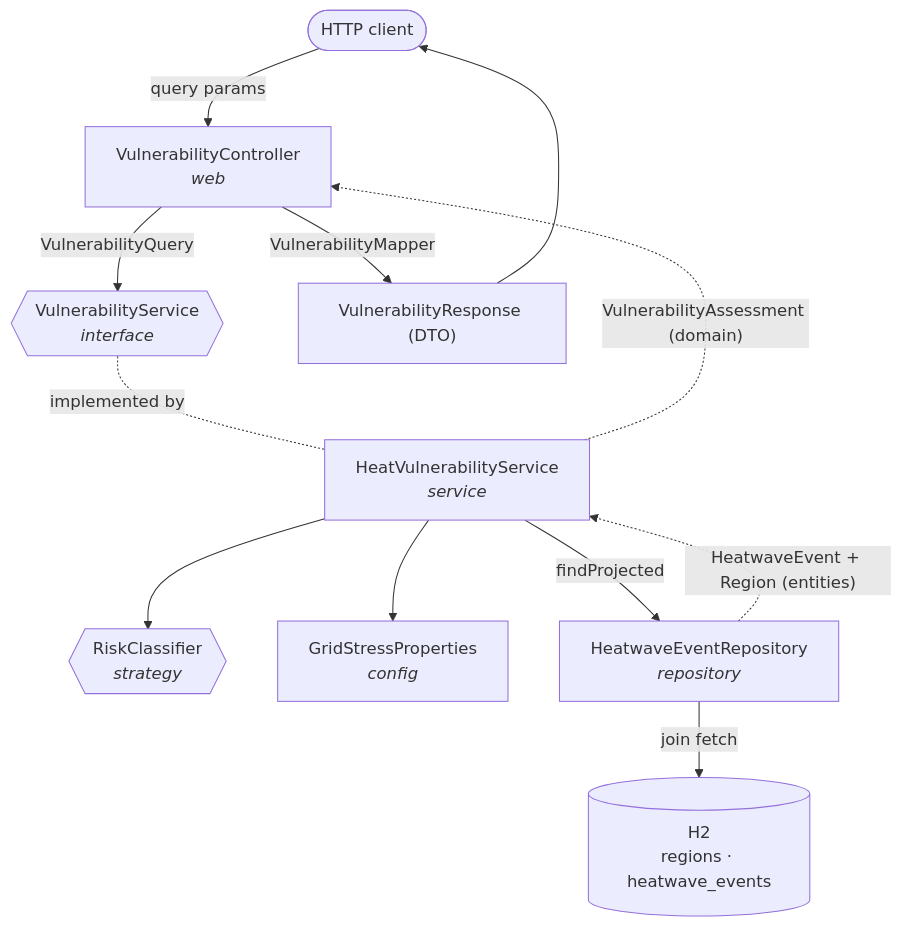
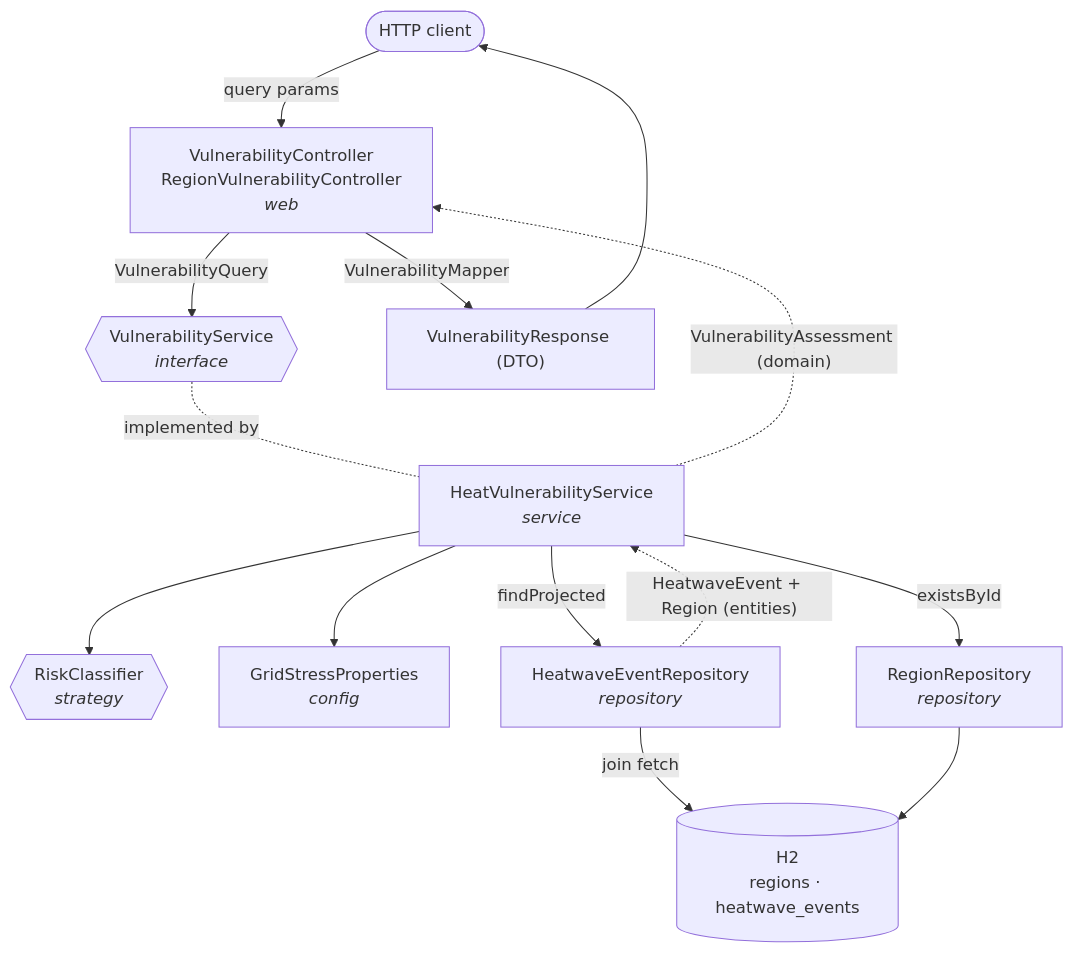
Before and after one commit to KoolAidKrish/ThermoGrid: the diagram in README.md, drawn with Mermaid. The commit also changed other lines of this file and 13 other files, not shown here.

````diff
--- a/README.md
+++ b/README.md
@@ -80,14 +112,16 @@
 ```mermaid
 flowchart TD
-    Client([HTTP client]) -->|query params| C[VulnerabilityController<br/><i>web</i>]
+    Client([HTTP client]) -->|query params| C[VulnerabilityController<br/>RegionVulnerabilityController<br/><i>web</i>]
     C -->|VulnerabilityQuery| SI{{VulnerabilityService<br/><i>interface</i>}}
     SI -.implemented by.- S[HeatVulnerabilityService<br/><i>service</i>]
     S --> RC{{RiskClassifier<br/><i>strategy</i>}}
     S --> P[GridStressProperties<br/><i>config</i>]
     S -->|findProjected| R[HeatwaveEventRepository<br/><i>repository</i>]
+    S -->|existsById| RR[RegionRepository<br/><i>repository</i>]
     R -->|join fetch| DB[(H2<br/>regions · heatwave_events)]
+    RR --> DB
     R -. "HeatwaveEvent + Region (entities)" .-> S
     S -. "VulnerabilityAssessment (domain)" .-> C
     C -->|VulnerabilityMapper| M["VulnerabilityResponse (DTO)"]
     M --> Client
 ```
````
